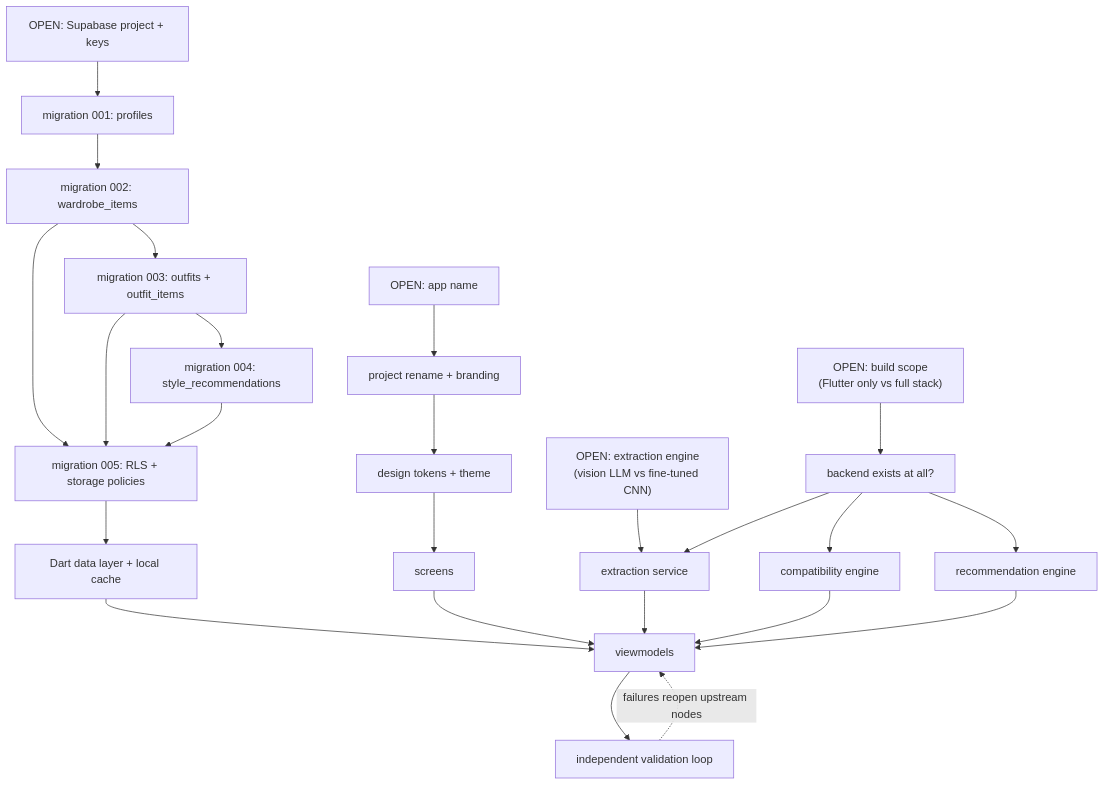
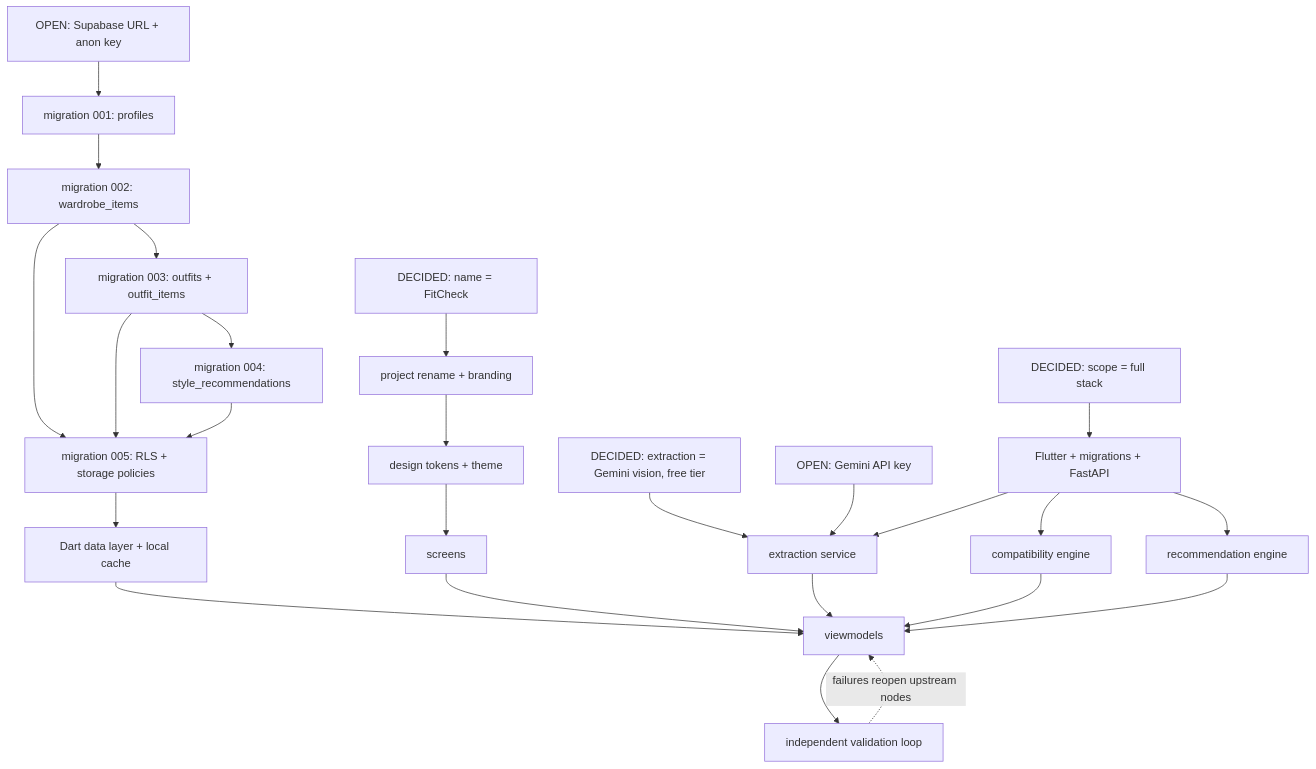
One commit to farzask/wardrobe-app changed the diagram in skills/README.md. Above: the diagram before and after it, drawn with Mermaid. The commit also changed other lines of this file and 73 other files, not shown here.

Commit message:
architecture completed

````diff
--- a/skills/README.md
+++ b/skills/README.md
@@ -63,31 +63,32 @@
 ```mermaid
 graph TD
-  D0["OPEN: app name"] --> P0[project rename + branding]
-  D1["OPEN: extraction engine<br/>(vision LLM vs fine-tuned CNN)"] --> B1[extraction service]
-  D2["OPEN: build scope<br/>(Flutter only vs full stack)"] --> B0[backend exists at all?]
-  D3["OPEN: Supabase project + keys"] --> M1
+  D0["DECIDED: name = FitCheck"] --> P0[project rename + branding]
+  D1["DECIDED: extraction = Gemini vision, free tier"] --> B1[extraction service]
+  D2["DECIDED: scope = full stack"] --> B0[Flutter + migrations + FastAPI]
+  D3["OPEN: Supabase URL + anon key"] --> M1
+  D4["OPEN: Gemini API key"] --> B1
 
   P0 --> UI1[design tokens + theme]
   UI1 --> UI2[screens]
 
   M1[migration 001: profiles] --> M2[migration 002: wardrobe_items]
   M2 --> M3[migration 003: outfits + outfit_items]
   M3 --> M4[migration 004: style_recommendations]
   M2 --> M5[migration 005: RLS + storage policies]
   M3 --> M5
   M4 --> M5
 
   M5 --> DAL[Dart data layer + local cache]
   B0 --> B1
   B0 --> B2[compatibility engine]
   B0 --> B3[recommendation engine]
 
   DAL --> VM[viewmodels]
   UI2 --> VM
   B1 --> VM
   B2 --> VM
   B3 --> VM
 
   VM --> IV[independent validation loop]
   IV -.->|failures reopen upstream nodes| VM
 ```
````
